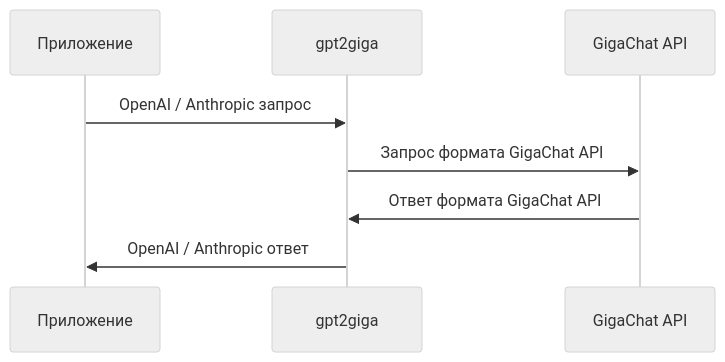
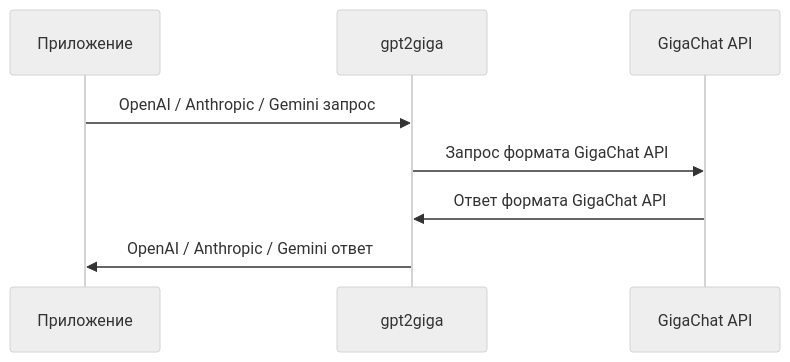
Before and after one commit to ai-forever/gpt2giga: the diagram in README.md, drawn with Mermaid (neutral theme). The commit also changed other lines of this file and 1 other file, not shown here.

````diff
--- a/README.md
+++ b/README.md
@@ -41,11 +41,11 @@
 ```mermaid
 sequenceDiagram
     participant YourApp as Приложение
     participant gpt2giga
     participant GigaChat as GigaChat API
 
-    YourApp->>gpt2giga: OpenAI / Anthropic запрос
+    YourApp->>gpt2giga: OpenAI / Anthropic / Gemini запрос
     gpt2giga->>GigaChat: Запрос формата GigaChat API
     GigaChat->>gpt2giga: Ответ формата GigaChat API
-    gpt2giga->>YourApp: OpenAI / Anthropic ответ
+    gpt2giga->>YourApp: OpenAI / Anthropic / Gemini ответ
 ```
````
